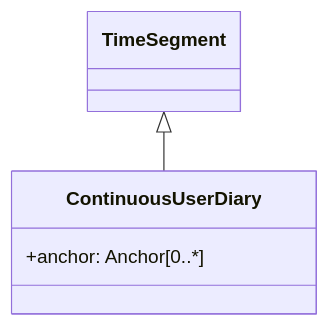
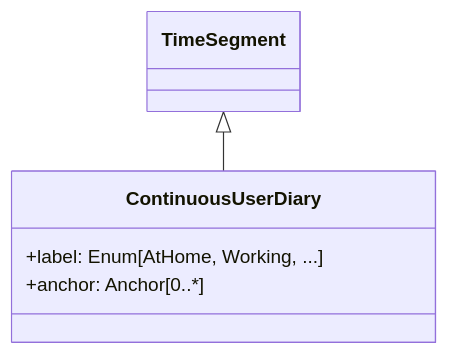
Before and after one commit to djvanderlaan/pipeline: the fifth of 6 diagrams in README.md, drawn with Mermaid. The commit also changed other lines of this file and 2 other files, not shown here.

````diff
--- a/README.md
+++ b/README.md
@@ -122,8 +154,9 @@
 ```mermaid
 classDiagram
   class TimeSegment 
   class ContinuousUserDiary {
+    +label: Enum[AtHome, Working, ...]
     +anchor: Anchor[0..*]
   }
   TimeSegment <|-- ContinuousUserDiary
 ```
````
